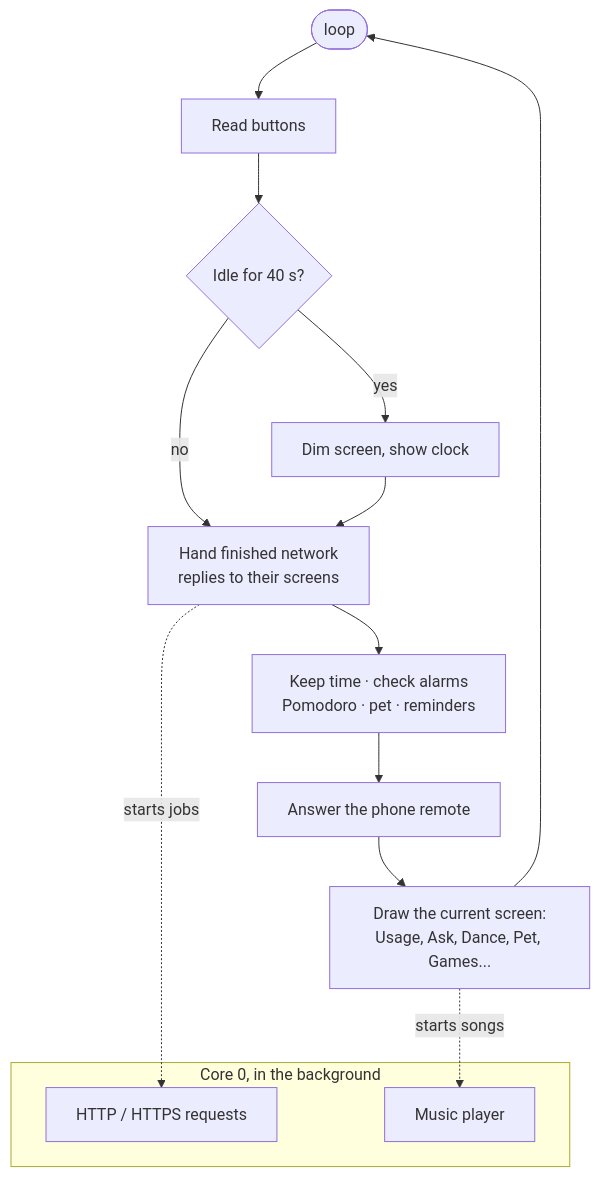
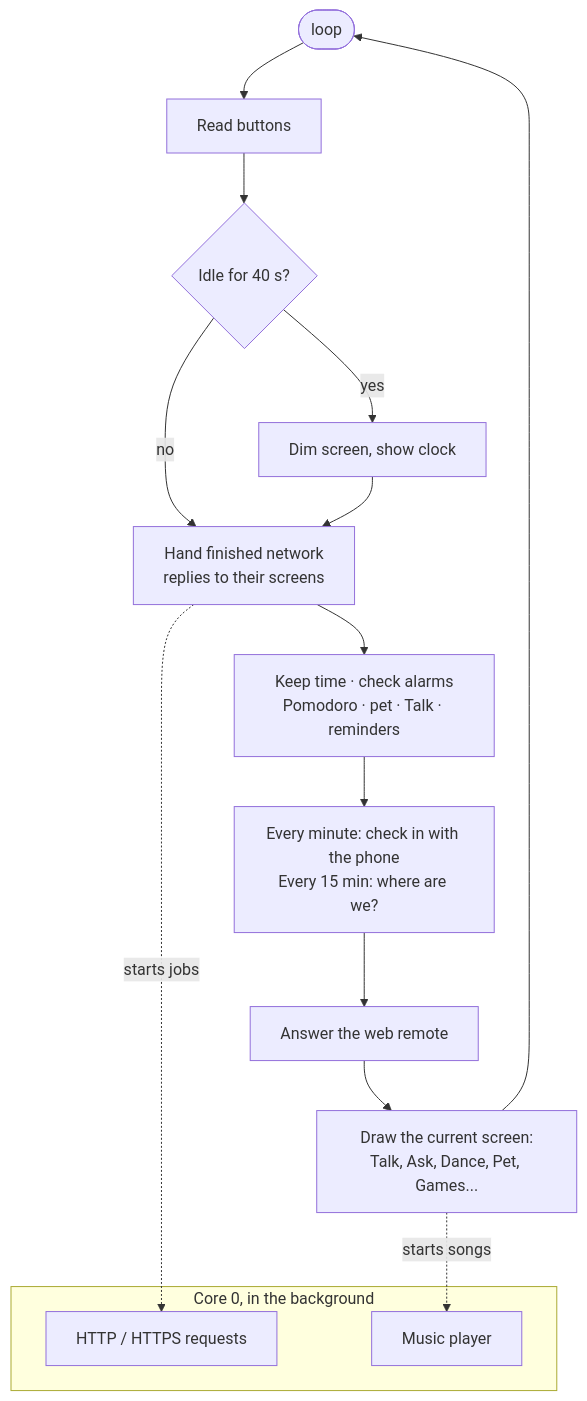
One commit to vikas-meu/Clawd_Handy changed the third of 3 diagrams in README.md. Above: the diagram before and after it, drawn with Mermaid. The commit also changed other lines of this file and 32 other files, not shown here.

First line of the commit message:
Clawd Handy 2.0: phone-powered push-to-talk companion

````diff
--- a/README.md
+++ b/README.md
@@ -61,18 +110,19 @@
 ```mermaid
 flowchart TD
     L([loop]) --> BT[Read buttons]
     BT --> SL{Idle for 40 s?}
     SL -- yes --> CLK[Dim screen, show clock]
     SL -- no --> NET[Hand finished network<br/>replies to their screens]
     CLK --> NET
-    NET --> T[Keep time · check alarms<br/>Pomodoro · pet · reminders]
-    T --> WEB[Answer the phone remote]
-    WEB --> M[Draw the current screen:<br/>Usage, Ask, Dance, Pet, Games...]
+    NET --> T[Keep time · check alarms<br/>Pomodoro · pet · Talk · reminders]
+    T --> PH[Every minute: check in with the phone<br/>Every 15 min: where are we?]
+    PH --> WEB[Answer the web remote]
+    WEB --> M[Draw the current screen:<br/>Talk, Ask, Dance, Pet, Games...]
     M --> L
     subgraph core0 [Core 0, in the background]
       N1[HTTP / HTTPS requests]
       N2[Music player]
     end
     NET -. starts jobs .-> N1
     M -. starts songs .-> N2
 ```
````
